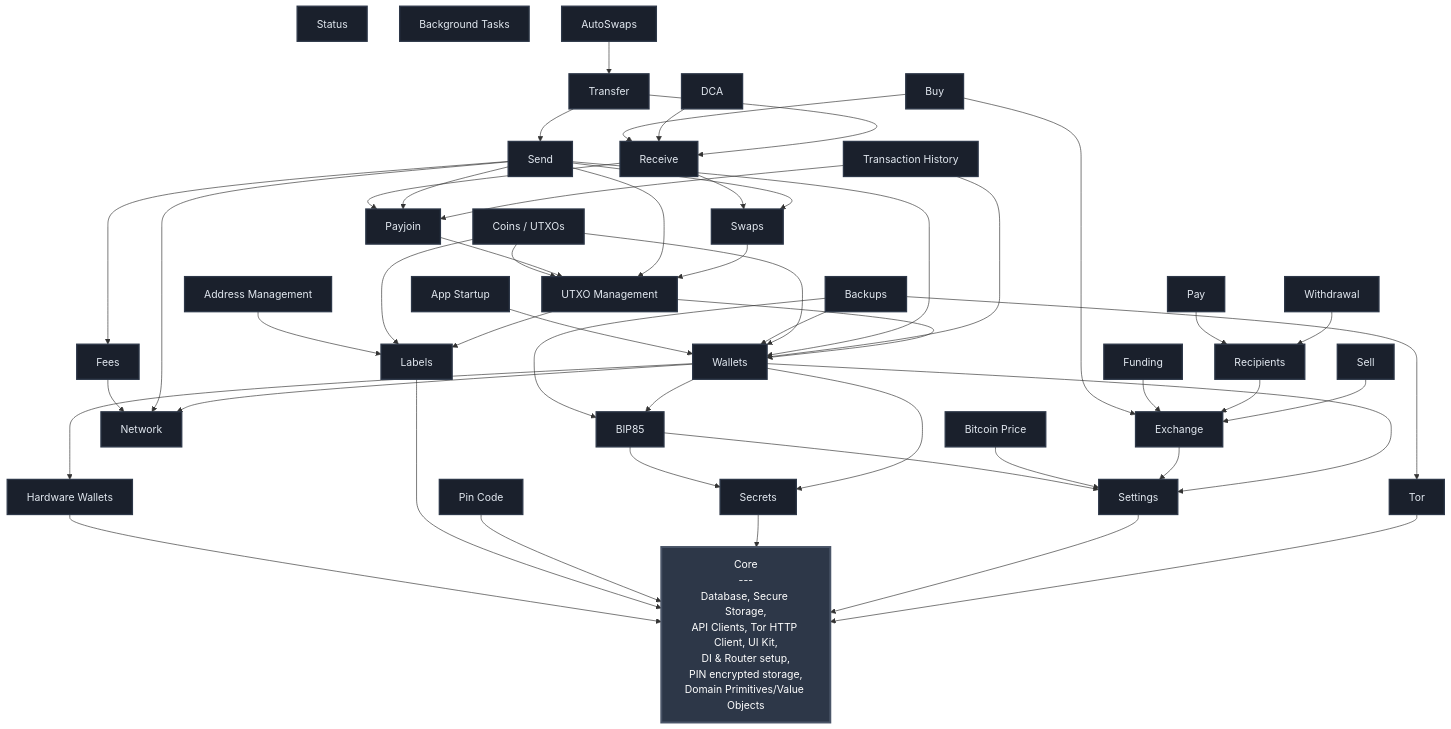
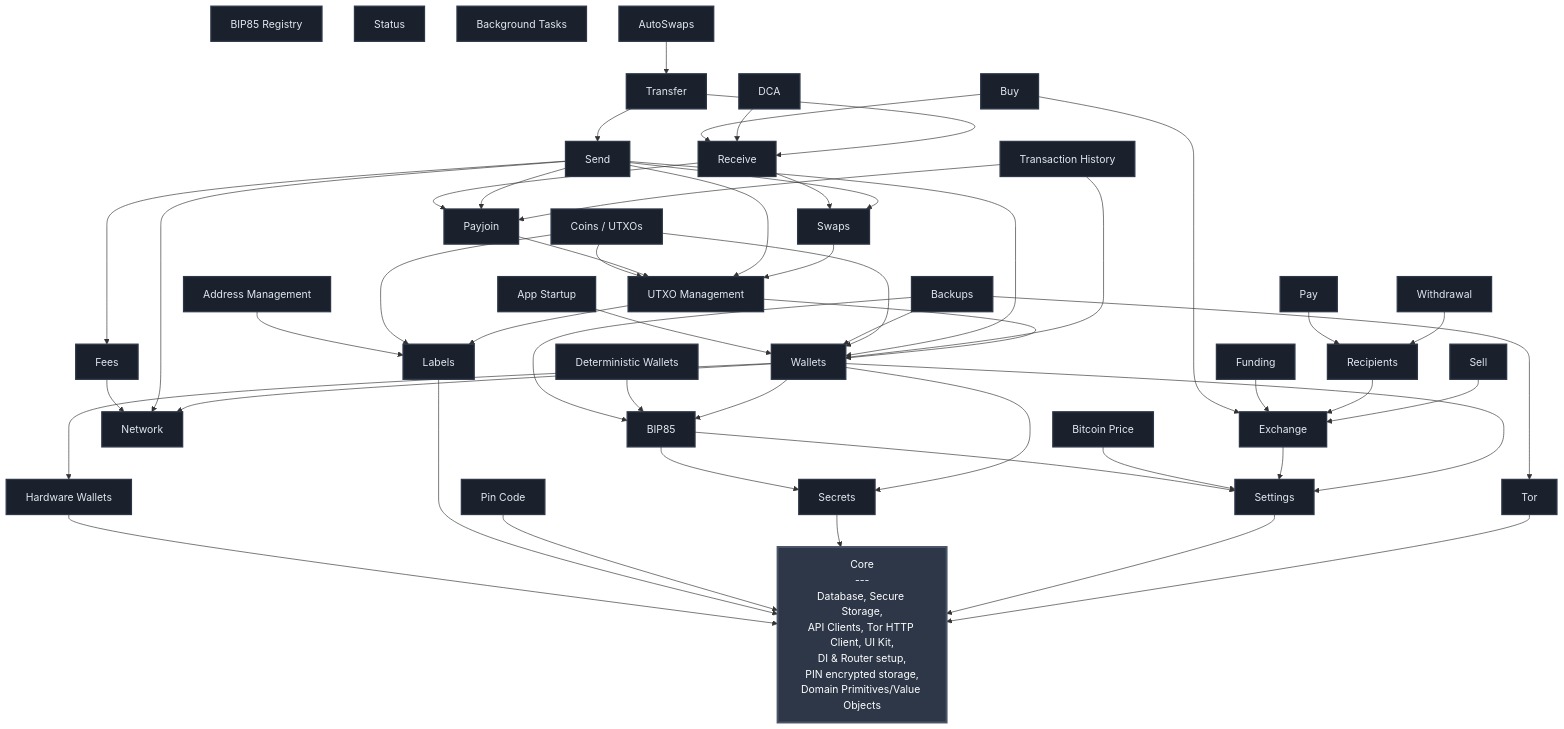
The diagram in FEATURES.md (SatoshiPortal/bullbitcoin-mobile), drawn with Mermaid before and after one commit. The commit also changed 15 other files, not shown here.

Commit message:
feat(deterministic-wallets): materialize reserved wallets

````diff
--- a/FEATURES.md
+++ b/FEATURES.md
@@ -21,6 +21,8 @@
     BTC_PRICE[Bitcoin Price]
     NETWORK[Network]
     BIP85[BIP85]
+    BIP85_REGISTRY[BIP85 Registry]
+    DETERMINISTIC_WALLETS[Deterministic Wallets]
     FEES[Fees]
     WALLETS[Wallets]
     EXCHANGE[Exchange]
@@ -65,6 +67,7 @@
     COINS --> LABELS
     COINS --> WALLETS
     DCA --> RECEIVE
+    DETERMINISTIC_WALLETS --> BIP85
     EXCHANGE --> SETTINGS
     FEES --> NETWORK
     FUNDING --> EXCHANGE
@@ -105,5 +108,5 @@
     classDef featureStyle fill:#1a202c,stroke:#2d3748,stroke-width:2px,color:#e2e8f0
 
     class CORE coreStyle
-    class SETTINGS,TOR,PIN_CODE,LABELS,SECRETS,HW_WALLETS,BTC_PRICE,NETWORK,BIP85,FEES,WALLETS,EXCHANGE,APP_STARTUP,UTXO_MGMT,ADDRESS_MGMT,RECIPIENTS,FUNDING,BACKUPS,SWAPS,PAYJOIN,WITHDRAWAL,STATUS,SEND,RECEIVE,TRANSFER,TX_HISTORY,BG_TASKS,AUTOSWAPS,DCA,SELL,PAY,BUY,COINS featureStyle
+    class SETTINGS,TOR,PIN_CODE,LABELS,SECRETS,HW_WALLETS,BTC_PRICE,NETWORK,BIP85,BIP85_REGISTRY,DETERMINISTIC_WALLETS,FEES,WALLETS,EXCHANGE,APP_STARTUP,UTXO_MGMT,ADDRESS_MGMT,RECIPIENTS,FUNDING,BACKUPS,SWAPS,PAYJOIN,WITHDRAWAL,STATUS,SEND,RECEIVE,TRANSFER,TX_HISTORY,BG_TASKS,AUTOSWAPS,DCA,SELL,PAY,BUY,COINS featureStyle
 ```
````
